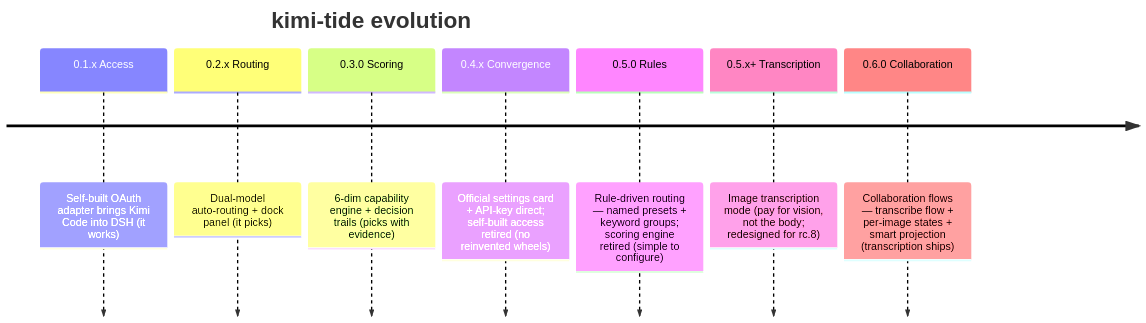
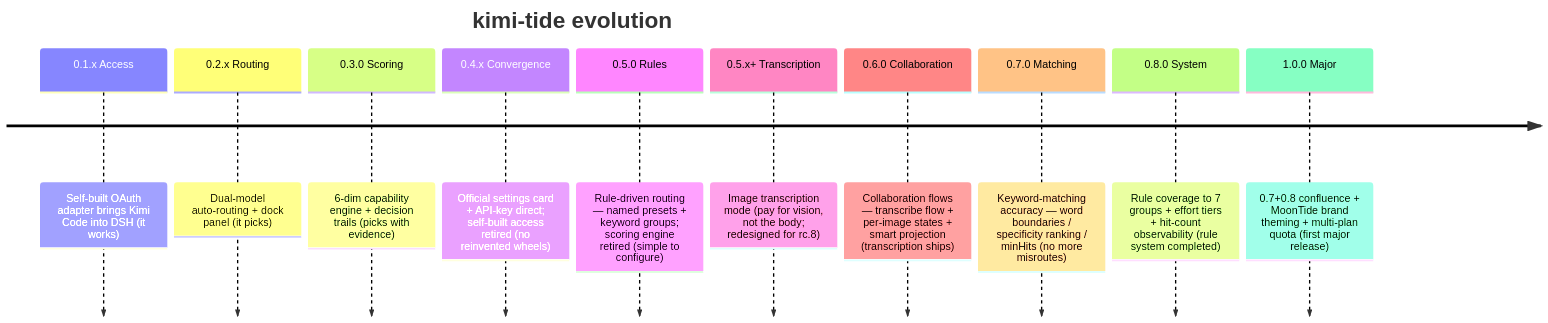
One commit to tafcear/kimi-tide changed the fourth of 4 diagrams in README.md. Above: the diagram before and after it, drawn with Mermaid. The commit also changed other lines of this file and 1 other file, not shown here.

````diff
--- a/README.md
+++ b/README.md
@@ -416,11 +433,14 @@
 ```mermaid
 timeline
     title kimi-tide evolution
     0.1.x Access : Self-built OAuth adapter brings Kimi Code into DSH (it works)
     0.2.x Routing : Dual-model auto-routing + dock panel (it picks)
     0.3.0 Scoring : 6-dim capability engine + decision trails (picks with evidence)
     0.4.x Convergence : Official settings card + API-key direct; self-built access retired (no reinvented wheels)
     0.5.0 Rules : Rule-driven routing — named presets + keyword groups; scoring engine retired (simple to configure)
     0.5.x+ Transcription : Image transcription mode (pay for vision, not the body; redesigned for rc.8)
     0.6.0 Collaboration : Collaboration flows — transcribe flow + per-image states + smart projection (transcription ships)
+    0.7.0 Matching : Keyword-matching accuracy — word boundaries / specificity ranking / minHits (no more misroutes)
+    0.8.0 System : Rule coverage to 7 groups + effort tiers + hit-count observability (rule system completed)
+    1.0.0 Major : 0.7+0.8 confluence + MoonTide brand theming + multi-plan quota (first major release)
 ```
````
